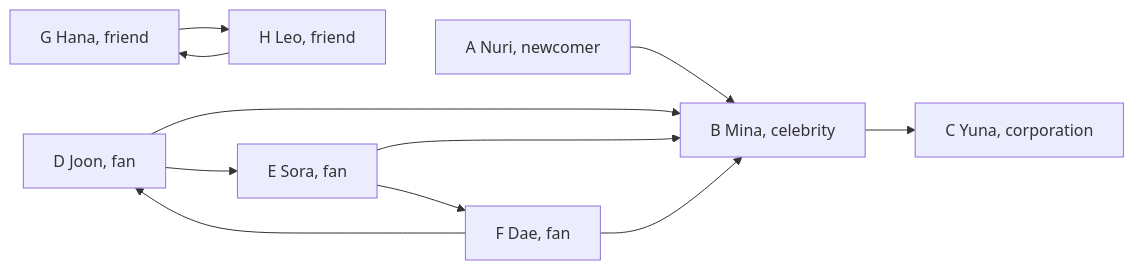
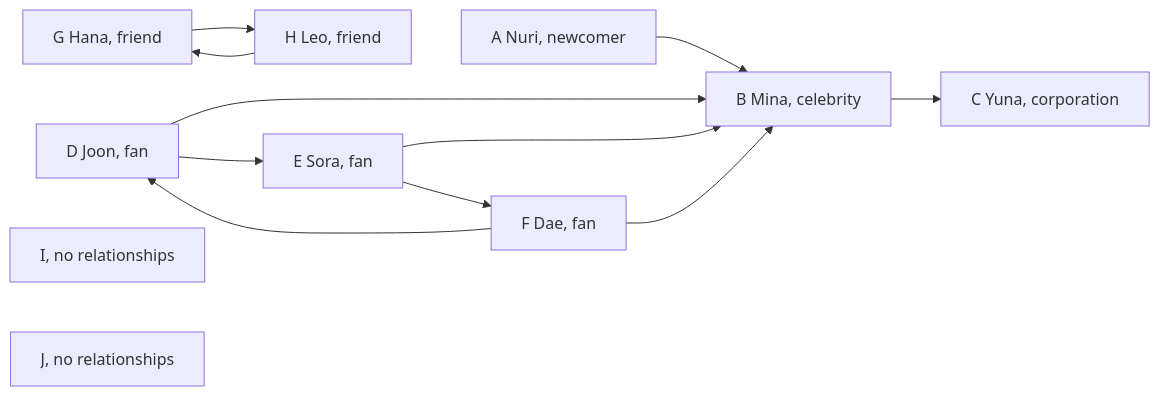
One commit to chaebkimm/data_structure_2026 changed the diagram in module_03_graph/student/textbook.md. Above: the diagram before and after it, drawn with Mermaid. The commit also changed other lines of this file and 3 other files, not shown here.

Commit message:
update graph

````diff
--- a/module_03_graph/student/textbook.md
+++ b/module_03_graph/student/textbook.md
@@ -11,13 +13,15 @@
 ```mermaid
 flowchart LR
     nuri["A Nuri, newcomer"] --> mina["B Mina, celebrity"]
     mina --> yuna["C Yuna, corporation"]
     joon["D Joon, fan"] --> mina
     joon --> sora["E Sora, fan"]
     sora --> mina
     sora --> dae["F Dae, fan"]
     dae --> mina
     dae --> joon
     hana["G Hana, friend"] --> leo["H Leo, friend"]
     leo --> hana
+    account_i["I, no relationships"]
+    account_j["J, no relationships"]
 ```
````
